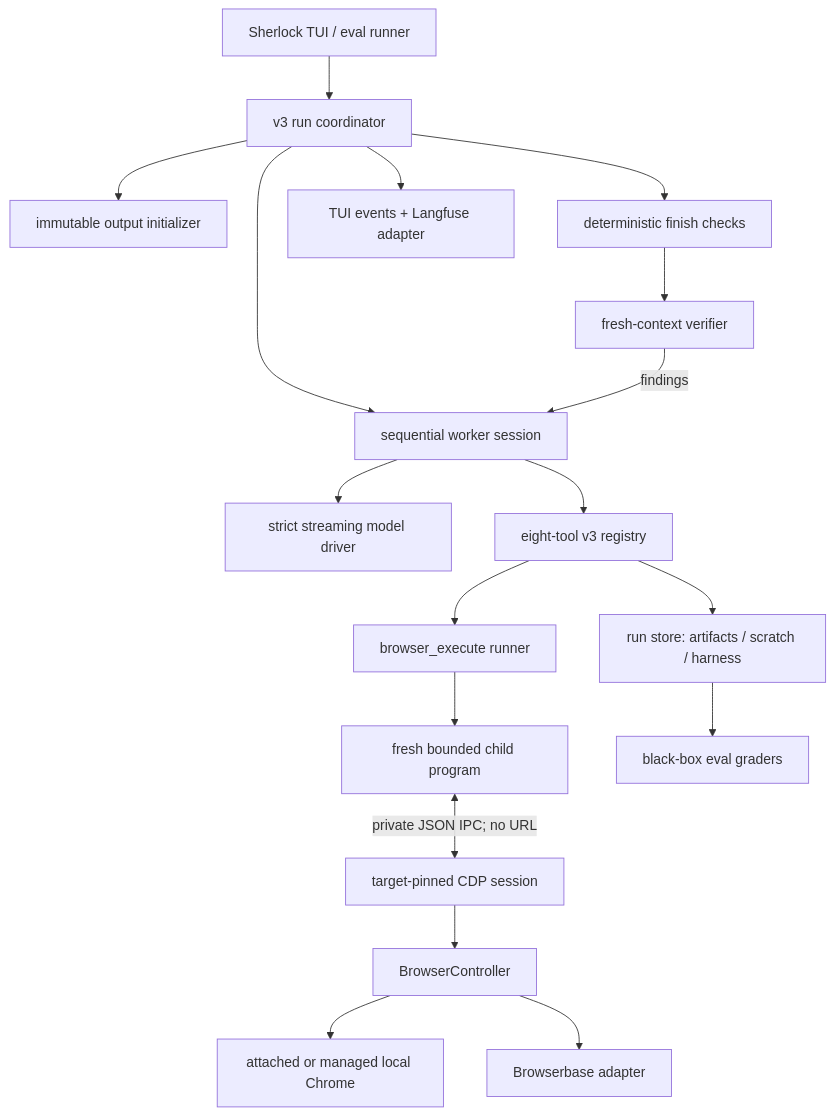
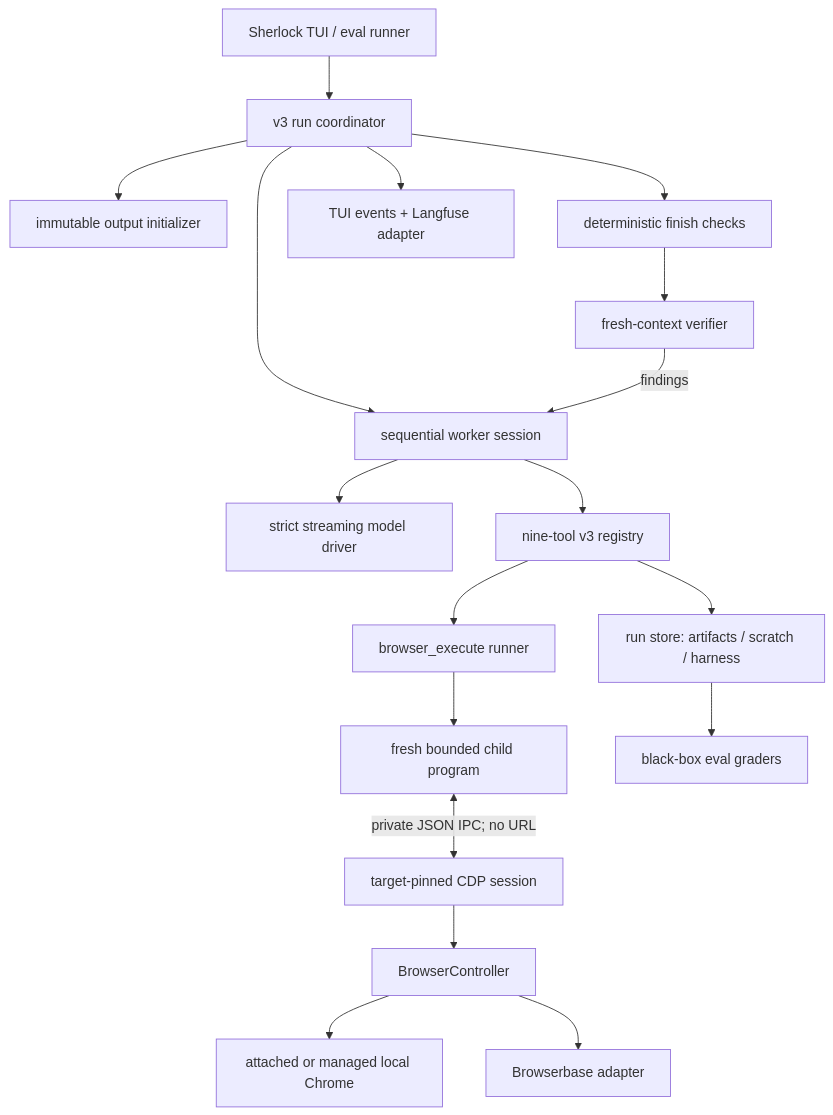
One commit to briosolivares/evidence-collection-agent changed the first of 2 diagrams in docs/browser-agent-v3/sherlock-v3-design-doc.md. Above: the diagram before and after it, drawn with Mermaid. The commit also changed other lines of this file and 62 other files, not shown here.

````diff
--- a/docs/browser-agent-v3/sherlock-v3-design-doc.md
+++ b/docs/browser-agent-v3/sherlock-v3-design-doc.md
@@ -172,20 +173,20 @@
 ```mermaid
 flowchart TD
   UI["Sherlock TUI / eval runner"] --> APP["v3 run coordinator"]
   APP --> INIT["immutable output initializer"]
   APP --> LOOP["sequential worker session"]
   LOOP --> MODEL["strict streaming model driver"]
-  LOOP --> TOOLS["eight-tool v3 registry"]
+  LOOP --> TOOLS["nine-tool v3 registry"]
   TOOLS --> BX["browser_execute runner"]
   BX --> CHILD["fresh bounded child program"]
   CHILD <-->|"private JSON IPC; no URL"| CDP["target-pinned CDP session"]
   CDP --> CTRL["BrowserController"]
   CTRL --> LOCAL["attached or managed local Chrome"]
   CTRL --> REMOTE["Browserbase adapter"]
   TOOLS --> STORE["run store: artifacts / scratch / harness"]
   APP --> CHECKS["deterministic finish checks"]
   CHECKS --> VERIFY["fresh-context verifier"]
   VERIFY -->|"findings"| LOOP
   STORE --> GRADERS["black-box eval graders"]
   APP --> TRACE["TUI events + Langfuse adapter"]
 ```
````
